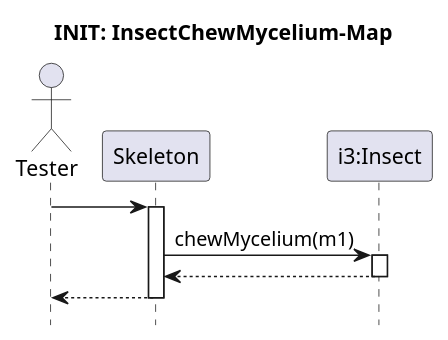
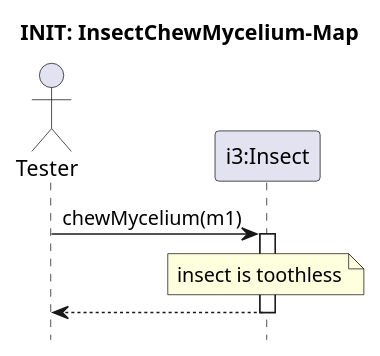
The diagram in Skeleton/Insect-chew-mycelium/toothless.pu (ZD4ve/projlab-error521), drawn with PlantUML before and after one commit. The commit also changed 6 other files, not shown here.

```diff
--- a/Skeleton/Insect-chew-mycelium/toothless.pu
+++ b/Skeleton/Insect-chew-mycelium/toothless.pu
@@ -1,17 +1,13 @@
 @startuml Insect-chew-mycelium/toothless
 hide footbox
 title INIT: InsectChewMycelium-Map
 
-actor Tester
-'TODO: Skeleton neve :Skeleton vagy csak Skeleton?
-participant Skeleton as S
+actor Tester as S
 participant "i3:Insect" as i3
 
 
-Tester -> S
-activate S
 S -> i3 : chewMycelium(m1)
 activate i3
-return
+note over i3 : insect is toothless
 return
 @enduml
```
